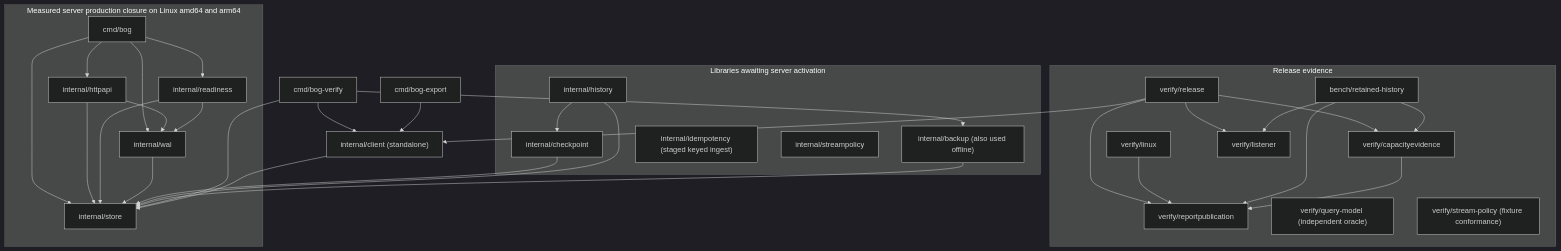
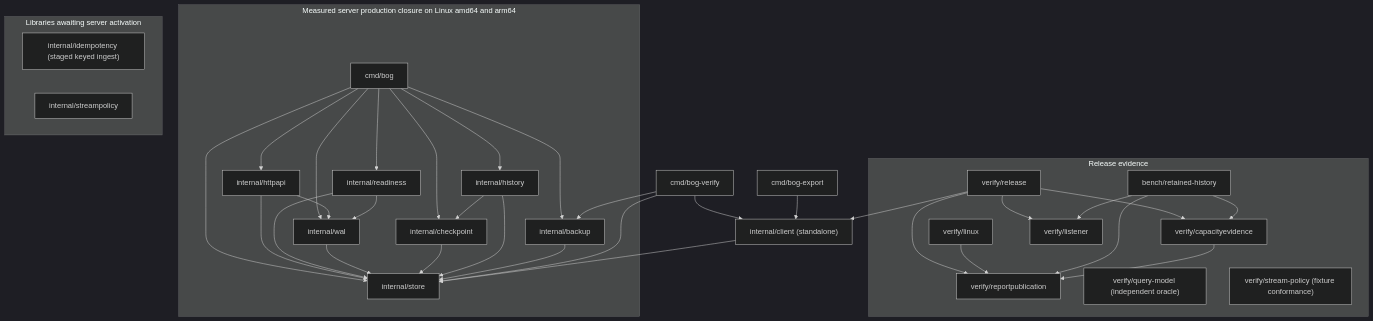
The diagram in docs/architecture/SYSTEM.md (tflynn3/bog), drawn with Mermaid (dark theme) before and after one commit. The commit also changed other lines of this file and 26 other files, not shown here.

````diff
--- a/docs/architecture/SYSTEM.md
+++ b/docs/architecture/SYSTEM.md
@@ -49,57 +44,60 @@
 ```mermaid
 flowchart TD
     subgraph Runtime["Measured server production closure on Linux amd64 and arm64"]
         Cmd["cmd/bog"]
         HTTP["internal/httpapi"]
         Ready["internal/readiness"]
         WAL["internal/wal"]
         Store["internal/store"]
+        Checkpoint["internal/checkpoint"]
+        History["internal/history"]
+        Backup["internal/backup"]
+        Cmd --> Backup
+        Cmd --> Checkpoint
+        Cmd --> History
+        History --> Checkpoint
         Cmd --> HTTP
         Cmd --> Ready
         Cmd --> WAL
         Cmd --> Store
         HTTP --> WAL
         HTTP --> Store
         Ready --> WAL
         Ready --> Store
         WAL --> Store
     end
     Operator["cmd/bog-verify"]
     Export["cmd/bog-export"]
     subgraph Staged["Libraries awaiting server activation"]
-        Checkpoint["internal/checkpoint"]
-        History["internal/history"]
-        Backup["internal/backup (also used offline)"]
         Idempotency["internal/idempotency (staged keyed ingest)"]
         StreamPolicyEngine["internal/streampolicy"]
-        History --> Checkpoint
     end
     Client["internal/client (standalone)"]
     Checkpoint --> Store
     History --> Store
     Backup --> Store
     Operator --> Backup
     Operator --> Client
     Operator --> Store
     Export --> Client
     Client --> Store
     subgraph Evidence["Release evidence"]
         Admission["verify/release"]
         Durability["verify/linux"]
         Capacity["bench/retained-history"]
         CapacityEvidence["verify/capacityevidence"]
         ReportPublication["verify/reportpublication"]
         Listener["verify/listener"]
         Model["verify/query-model (independent oracle)"]
         StreamPolicy["verify/stream-policy (fixture conformance)"]
         Admission --> Listener
         Capacity --> Listener
         Admission --> CapacityEvidence
         Capacity --> CapacityEvidence
         Admission --> ReportPublication
         Durability --> ReportPublication
         Capacity --> ReportPublication
         CapacityEvidence --> ReportPublication
     end
     Admission --> Client
 ```
````
